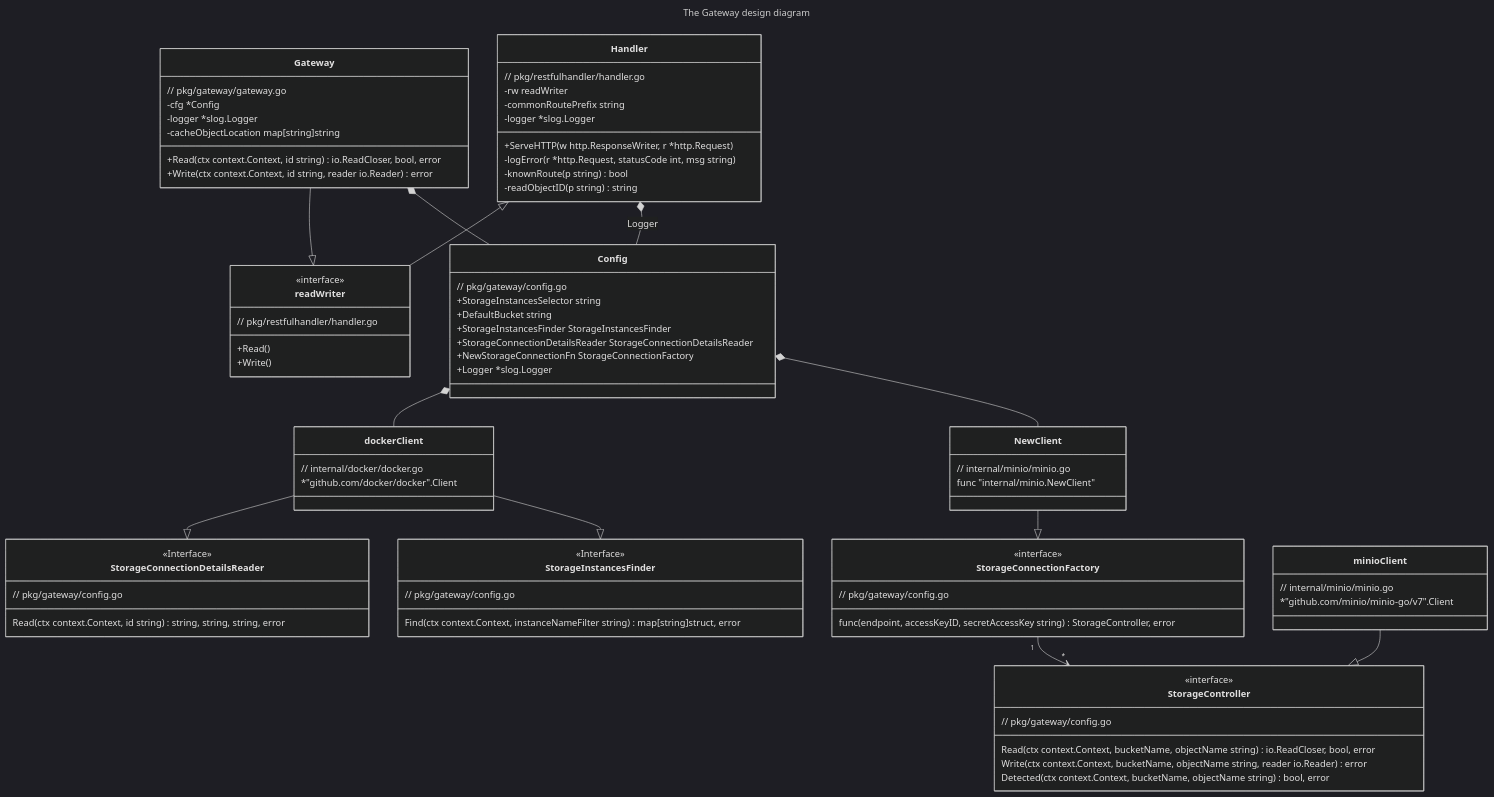
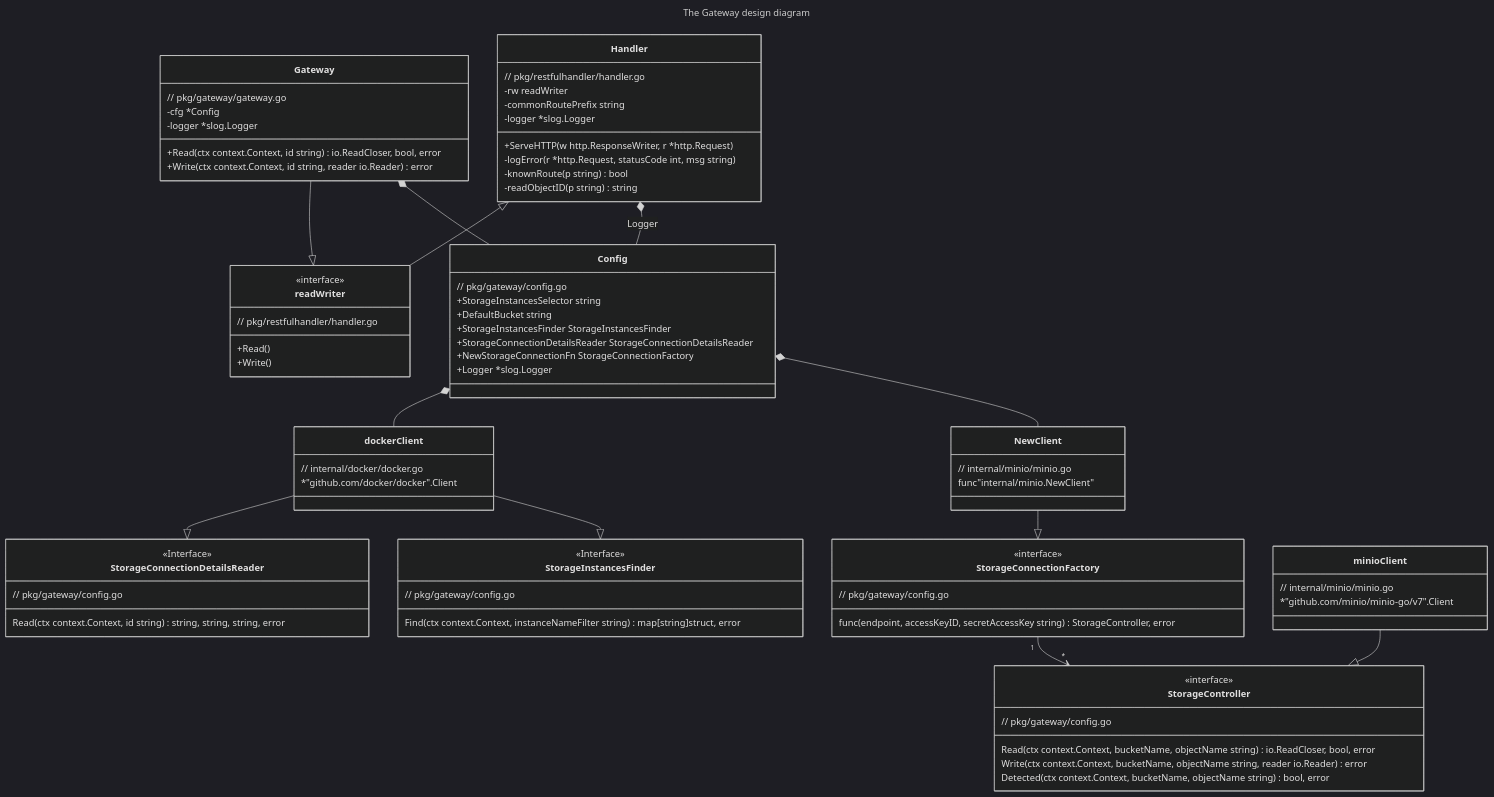
Before and after one commit to kislerdm/object-storage-gateway: the diagram in README.md, drawn with Mermaid (dark theme). The commit also changed other lines of this file and 1 other file, not shown here.

Commit message:
docu: update documentation

````diff
--- a/README.md
+++ b/README.md
@@ -9,73 +9,72 @@
 title: The Gateway design diagram
 ---
 classDiagram
-  class Gateway {
-    // pkg/gateway/gateway.go
+    class Gateway {
+        // pkg/gateway/gateway.go
 
-    -cfg                 *Config
-    -logger              *slog.Logger
-    -cacheObjectLocation map[string]string
+        -cfg                 *Config
+        -logger              *slog.Logger
 
-    +Read(ctx context.Context, id string) io.ReadCloser, bool, error
-    +Write(ctx context.Context, id string, reader io.Reader) error
-  }
+        +Read(ctx context.Context, id string) io.ReadCloser, bool, error
+        +Write(ctx context.Context, id string, reader io.Reader) error
+    }
 
 
-  class Config {
-    // pkg/gateway/config.go
-    +StorageInstancesSelector string
-    +DefaultBucket string
-    +StorageInstancesFinder         StorageInstancesFinder
-    +StorageConnectionDetailsReader StorageConnectionDetailsReader
-    +NewStorageConnectionFn         StorageConnectionFactory
-    +Logger                         *slog.Logger
-  }
+    class Config {
+        // pkg/gateway/config.go
+        +StorageInstancesSelector string
+        +DefaultBucket string
+        +StorageInstancesFinder StorageInstancesFinder
+        +StorageConnectionDetailsReader StorageConnectionDetailsReader
+        +NewStorageConnectionFn StorageConnectionFactory
+        +Logger                         *slog.Logger
+    }
 
-  class StorageConnectionDetailsReader {
-    // pkg/gateway/config.go
-    <<Interface>>
-    Read(ctx context.Context, id string) string, string, string, error
-  }
+    class StorageConnectionDetailsReader {
+        // pkg/gateway/config.go
+        <<Interface>>
+        Read(ctx context.Context, id string) string, string, string, error
+    }
 
-  class StorageInstancesFinder {
-    // pkg/gateway/config.go
-    <<Interface>>
-    Find(ctx context.Context, instanceNameFilter string) map[string]struct, error
-  }
+    class StorageInstancesFinder {
+        // pkg/gateway/config.go
+        <<Interface>>
+        Find(ctx context.Context, instanceNameFilter string) map[string]struct, error
+    }
 
-  class StorageController {
-    // pkg/gateway/config.go
-    <<interface>>
-    Read(ctx context.Context, bucketName, objectName string) io.ReadCloser, bool, error
-    Write(ctx context.Context, bucketName, objectName string, reader io.Reader) error
-    Detected(ctx context.Context, bucketName, objectName string) bool, error
-  }
+    class StorageController {
+        // pkg/gateway/config.go
+        <<interface>>
+        Read(ctx context.Context, bucketName, objectName string) io.ReadCloser, bool, error
+        Write(ctx context.Context, bucketName, objectName string, reader io.Reader) error
+        Detected(ctx context.Context, bucketName, objectName string) bool, error
+    }
 
-  class StorageConnectionFactory {
-    // pkg/gateway/config.go
-    <<interface>>
-    func(endpoint, accessKeyID, secretAccessKey string) StorageController, error
-  }
+    class StorageConnectionFactory {
+        // pkg/gateway/config.go
+        <<interface>>
+        func(endpoint, accessKeyID, secretAccessKey string) StorageController, error
+    }
 
-  class Handler {
-    // pkg/restfulhandler/handler.go
-    -rw                readWriter
-    -commonRoutePrefix string
-    -logger            *slog.Logger
-    +ServeHTTP(w http.ResponseWriter, r *http.Request)
-    -logError(r *http.Request, statusCode int, msg string)
-    -knownRoute(p string) bool
-    -readObjectID(p string) string
-  }
+    class Handler {
+        // pkg/restfulhandler/handler.go
+        -rw readWriter
+        -commonRoutePrefix string
+        -logger            *slog.Logger
+        +ServeHTTP(w http.ResponseWriter, r *http.Request)
+        -logError(r *http.Request, statusCode int, msg string)
+        -knownRoute(p string) bool
+        -readObjectID(p string) string
+    }
 
-  class readWriter {
-    // pkg/restfulhandler/handler.go
-    <<interface>>
-    +Read()
-    +Write()
-  }
+    class readWriter {
+        // pkg/restfulhandler/handler.go
+        <<interface>>
+        +Read()
+        +Write()
+    }
 
-  class dockerClient {
+    class dockerClient {
 // internal/docker/docker.go
 *"github.com/docker/docker".Client
 }
@@ -87,10 +86,10 @@
 
 class NewClient {
 // internal/minio/minio.go
-func "internal/minio.NewClient"
+func"internal/minio.NewClient"
     }
 
-StorageConnectionFactory "1" --> "*" StorageController
+StorageConnectionFactory"1"-->"*"StorageController
 
 minioClient --|> StorageController
 dockerClient --|> StorageConnectionDetailsReader
@@ -104,5 +103,5 @@
 Handler <|-- readWriter
 Gateway --|> readWriter
 Gateway *-- Config
-Handler *-- Config  : Logger
+Handler *-- Config: Logger
 ```
````
